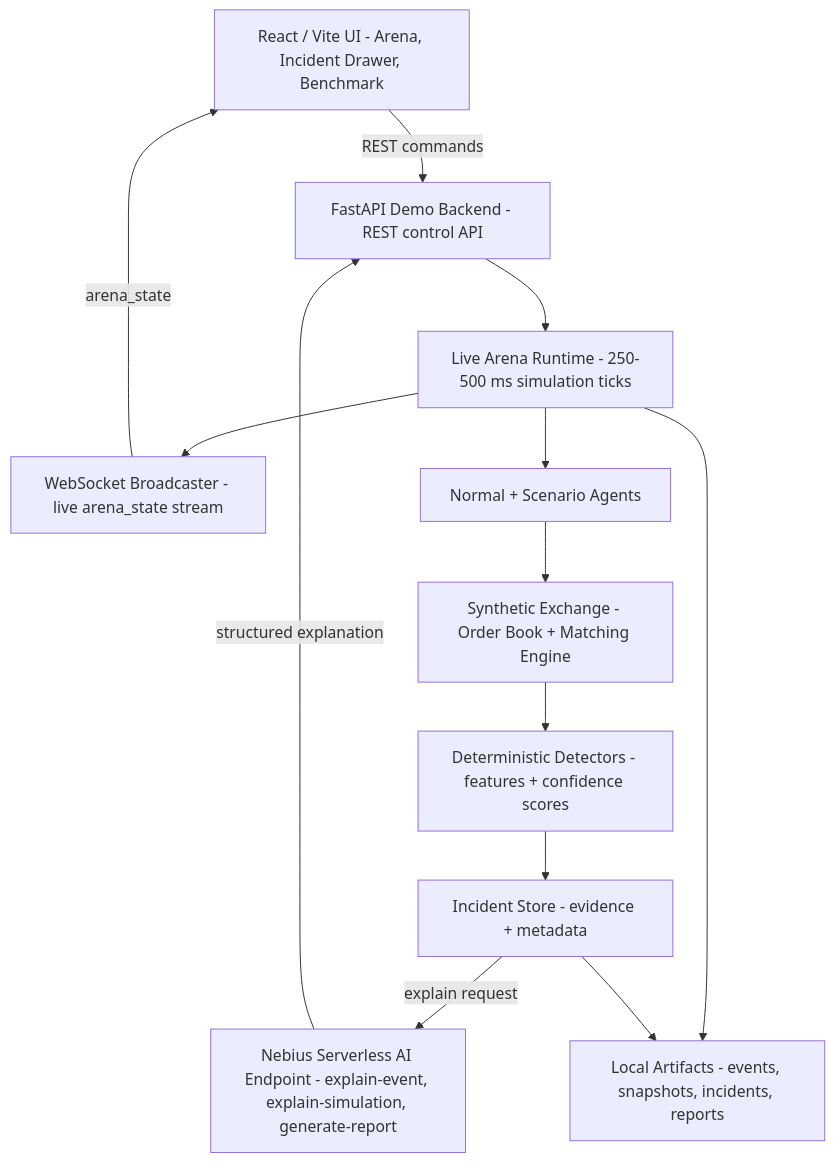
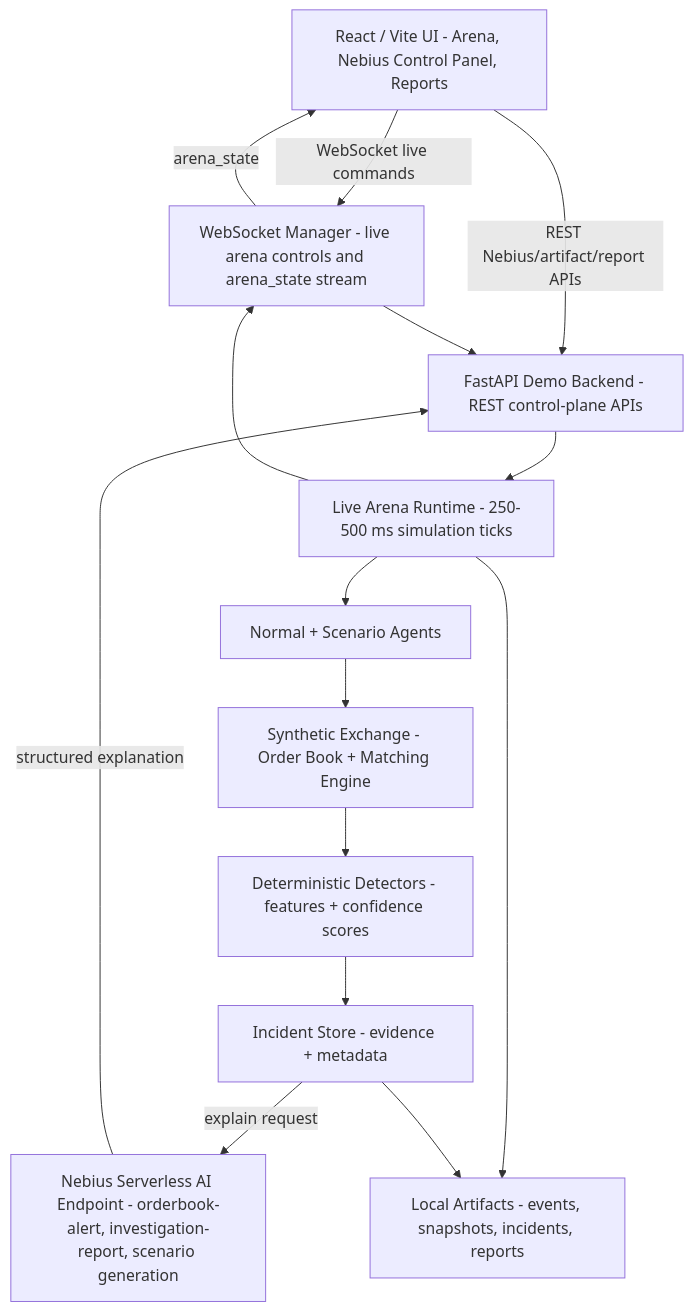
Before and after one commit to khab40/aimada: the first of 4 diagrams in docs/architecture.md, drawn with Mermaid. The commit also changed other lines of this file and 32 other files, not shown here.

Commit message:
fix: align Nebius demo workflows and reports

````diff
--- a/docs/architecture.md
+++ b/docs/architecture.md
@@ -12,26 +12,28 @@
 ```mermaid
 graph TD
-    UI["React / Vite UI - Arena, Incident Drawer, Benchmark"]
-    API["FastAPI Demo Backend - REST control API"]
-    WS["WebSocket Broadcaster - live arena_state stream"]
+    UI["React / Vite UI - Arena, Nebius Control Panel, Reports"]
+    API["FastAPI Demo Backend - REST control-plane APIs"]
+    WS["WebSocket Manager - live arena controls and arena_state stream"]
     Runtime["Live Arena Runtime - 250-500 ms simulation ticks"]
     Agents["Normal + Scenario Agents"]
     Exchange["Synthetic Exchange - Order Book + Matching Engine"]
     Detectors["Deterministic Detectors - features + confidence scores"]
     Incidents["Incident Store - evidence + metadata"]
-    Explain["Nebius Serverless AI Endpoint - explain-event, explain-simulation, generate-report"]
+    Explain["Nebius Serverless AI Endpoint - orderbook-alert, investigation-report, scenario generation"]
     Artifacts["Local Artifacts - events, snapshots, incidents, reports"]
 
-    UI -->|REST commands| API
+    UI -->|WebSocket live commands| WS
+    UI -->|REST Nebius/artifact/report APIs| API
+    WS --> API
     API --> Runtime
     Runtime --> Agents
     Agents --> Exchange
     Exchange --> Detectors
     Detectors --> Incidents
     Runtime --> WS
     WS -->|arena_state| UI
     Incidents -->|explain request| Explain
     Explain -->|structured explanation| API
     Runtime --> Artifacts
     Incidents --> Artifacts
 ```
````
